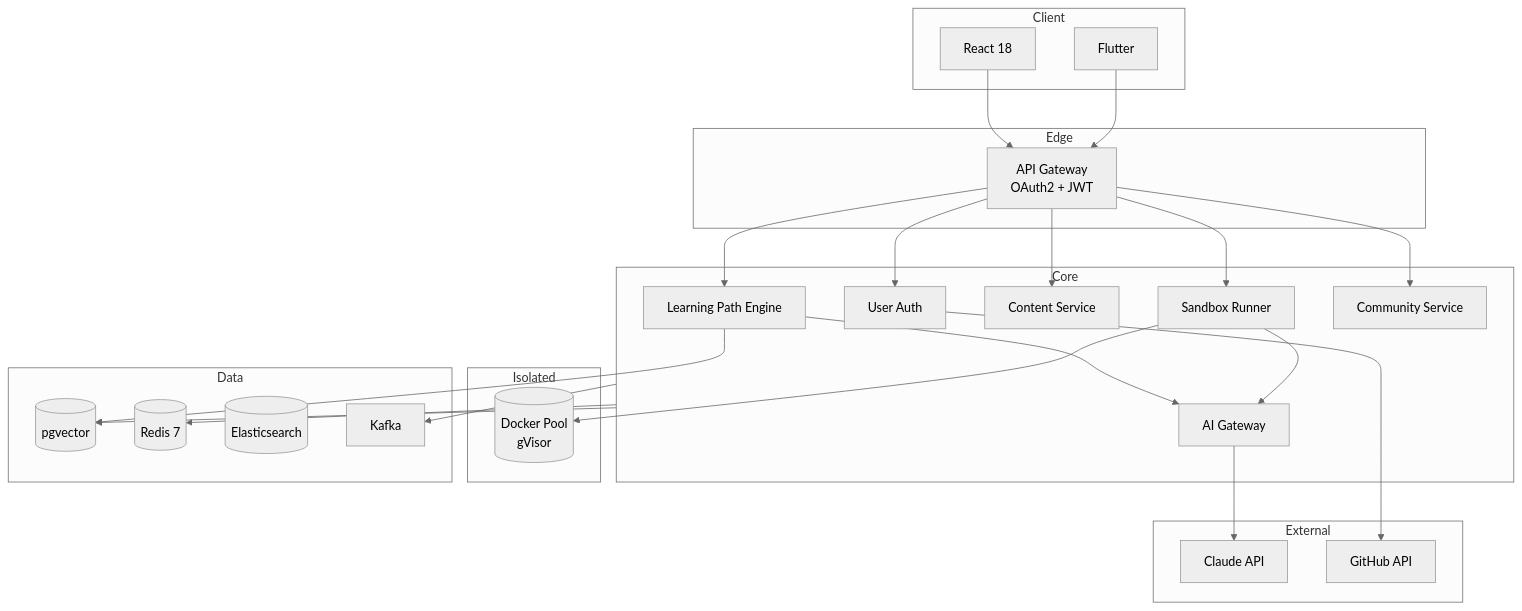
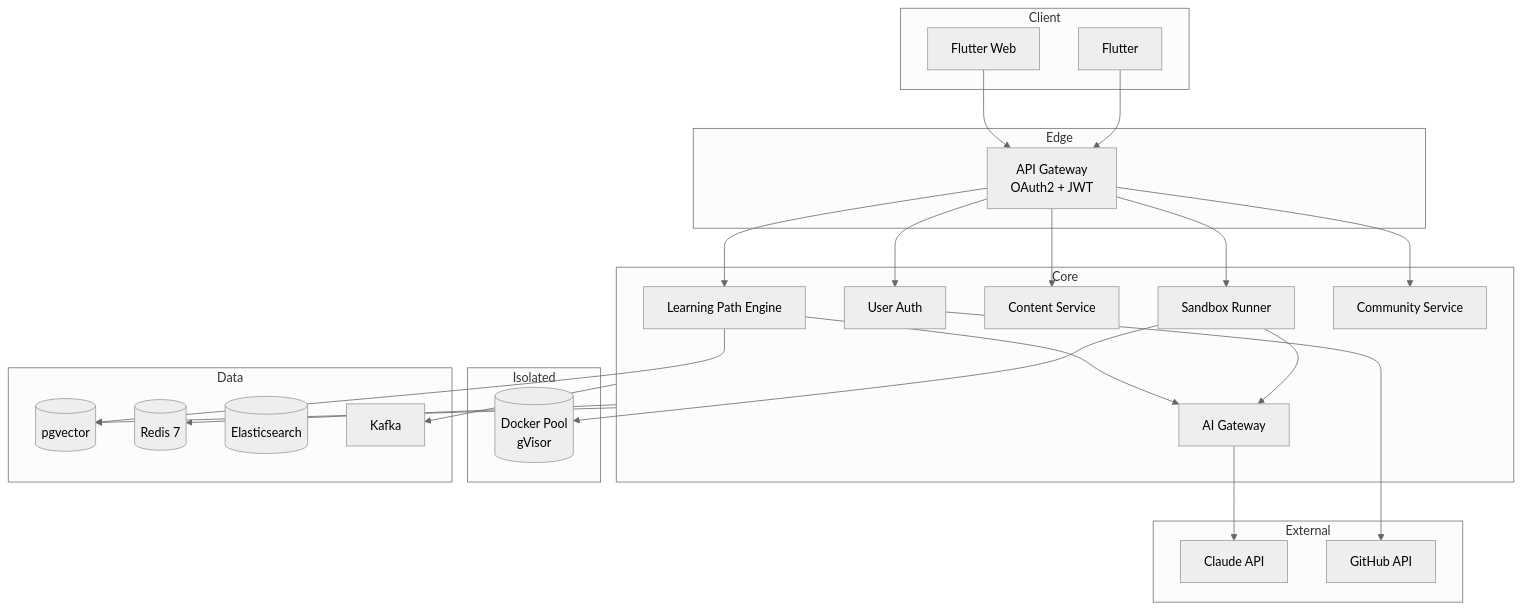
The diagram in 03_프로젝트_아키텍처_정의서.md (DevPathAi/documents), drawn with Mermaid (neutral theme) before and after one commit. The commit also changed other lines of this file and 10 other files, not shown here.

````diff
--- a/03_프로젝트_아키텍처_정의서.md
+++ b/03_프로젝트_아키텍처_정의서.md
@@ -43,42 +43,42 @@
 ```mermaid
 graph TB
     subgraph Client
-        Web[React 18]
+        Web[Flutter Web]
         Mobile[Flutter]
     end
     subgraph Edge
         Gateway[API Gateway<br/>OAuth2 + JWT]
     end
     subgraph Core
         Auth[User Auth]
         Path[Learning Path Engine]
         Content[Content Service]
         Sbx[Sandbox Runner]
         Com[Community Service]
         AIGW[AI Gateway]
     end
     subgraph Isolated
         Docker[(Docker Pool<br/>gVisor)]
     end
     subgraph External
         Claude[Claude API]
         GH[GitHub API]
     end
     subgraph Data
         PG[(PostgreSQL 17)]
         PG[(pgvector)]
         Redis[(Redis 7)]
         ES[(Elasticsearch)]
         Kafka[Kafka]
     end
 
     Web --> Gateway
     Mobile --> Gateway
     Gateway --> Auth & Path & Content & Sbx & Com
     Path --> AIGW --> Claude
     Path --> PG
     Sbx --> Docker
     Sbx --> AIGW
     Core --> PG & Redis & Kafka
     Auth --> GH
 ```
````
